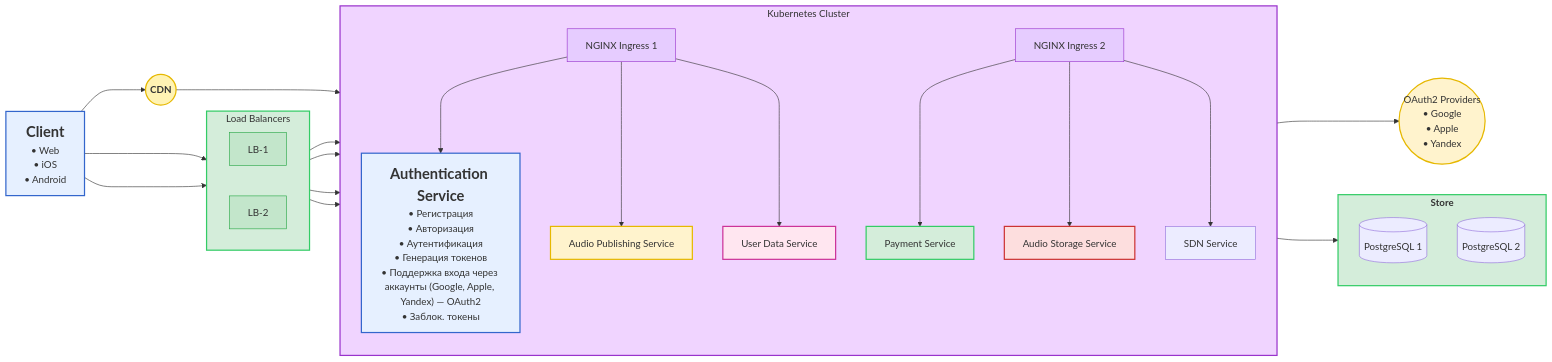
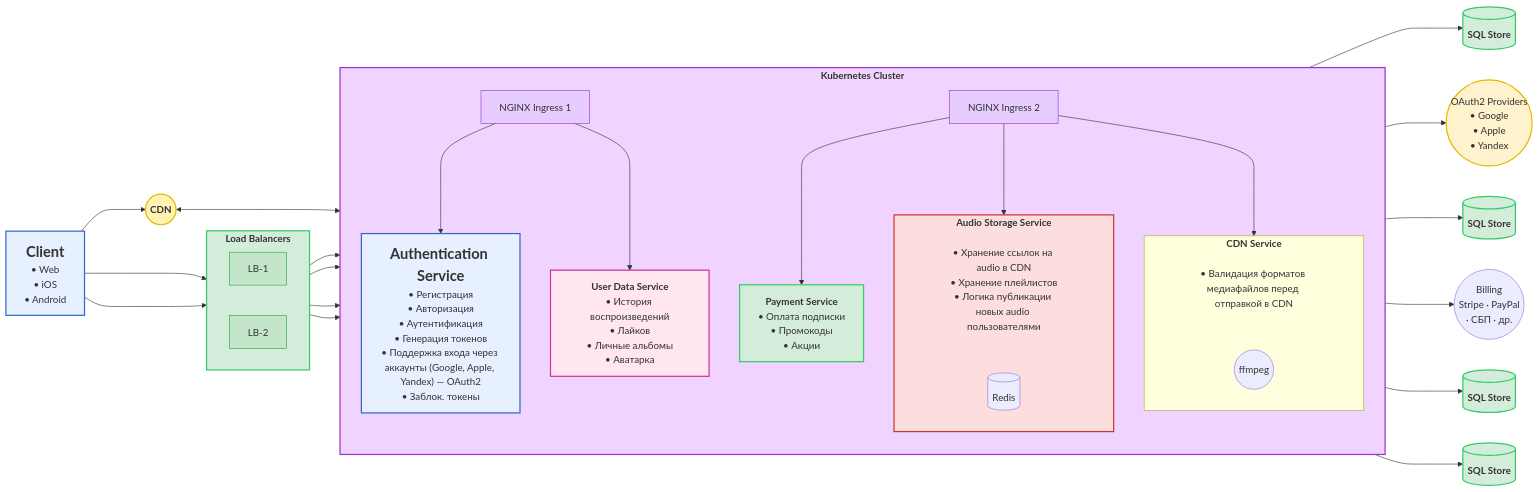
The first of 5 diagrams in architecture.md (KmnPetr/SysDesign), drawn with Mermaid before and after one commit.

````diff
--- a/architecture.md
+++ b/architecture.md
@@ -6,34 +4,45 @@
 graph LR
     CLIENT["<b><font size='5'>Client</font></b><br/>• Web<br/>• iOS<br/>• Android"]
 
-    subgraph LB["Load Balancers"]
+    subgraph LB["<b>Load Balancers</b>"]
         direction LR
         LB1[LB-1]
         LB2[LB-2]
     end
 
-    subgraph K8S["Kubernetes Cluster"]
+    CDN(("<b>   </b><b>CDN</b><b>   </b>"))
+
+    subgraph K8S["<b>Kubernetes Cluster</b>"]
         direction TB
         INGRESS1[NGINX Ingress 1]
         INGRESS2[NGINX Ingress 2]
 
         AUTH["<b><font size='5'>Authentication Service</font></b><br/>• Регистрация<br/>• Авторизация<br/>• Аутентификация<br/>• Генерация токенов<br/>• Поддержка входа через аккаунты (Google, Apple, Yandex) — OAuth2<br/>• Заблок. токены"]
-        PAYMENT["Payment Service"]
-        AUDIO_PUBLISH["Audio Publishing Service"]
-        MUSIC_STORAGE["Audio Storage Service"]
-        USER_DATA["User Data Service"]
-        SDN_SR["SDN Service"]
+        PAYMENT["<b>Payment Service</b><br/>• Оплата подписки<br/>• Промокоды<br/>• Акции"]
+
+        subgraph MUSIC_STORAGE["<b>Audio Storage Service</b>"]
+            direction LR
+            NOTE2["• Хранение ссылок на audio в CDN<br/>• Хранение плейлистов<br/>• Логика публикации новых audio пользователями"]
+            REDIS[("Redis")]
+        end
+
+        USER_DATA["<b>User Data Service</b><br/>• История воспроизведений<br/>• Лайков<br/>• Личные альбомы<br/>• Аватарка"]
+
+        subgraph CDN_SR["<b>CDN Service</b>"]
+            direction LR
+            NOTE["• Валидация форматов медиафайлов перед отправкой в CDN"]
+            FFMPEG(("ffmpeg"))
+        end
     end
 
-    subgraph STORE["<b>Store</b>"]
-        direction TB
-        PG1[(PostgreSQL 1)]
-        PG2[(PostgreSQL 2)]
-    end
+    STORE1[("<b>SQL Store</b>")]
+    OAUTH(("OAuth2 Providers<br/>• Google<br/>• Apple<br/>• Yandex"))
+    STORE2[("<b>SQL Store</b>")]
+    STORE3[("<b>SQL Store</b>")]
+    STORE4[("<b>SQL Store</b>")]
+    BILLING((Billing<br/>Stripe · PayPal<br/> · СБП · др.))
 
 
-    CDN(("<b>CDN</b>"))
-    OAUTH(("OAuth2 Providers<br/>• Google<br/>• Apple<br/>• Yandex"))
 
     %% Соединения
     CLIENT --> LB1
@@ -44,18 +53,23 @@
     LB2 --> INGRESS1
     LB2 --> INGRESS2
 
+
+
     INGRESS1 ---> AUTH
     INGRESS2 ---> PAYMENT
-    INGRESS1 ---> AUDIO_PUBLISH
     INGRESS2 ---> MUSIC_STORAGE
     INGRESS1 ---> USER_DATA
-    INGRESS2 ---> SDN_SR
+    INGRESS2 ---> CDN_SR
 
-    AUTH ---> STORE
+    AUTH ---> STORE1
 
     CLIENT ---> CDN
-    CDN ---> SDN_SR
+    CDN <---> CDN_SR
     AUTH ---> OAUTH
+    PAYMENT---> STORE2
+    PAYMENT---> BILLING
+    USER_DATA--->STORE3
+    MUSIC_STORAGE--->STORE4
 
     %% Стили
     style CLIENT fill:#e6f0ff,stroke:#3366cc,stroke-width:2px
@@ -64,14 +78,18 @@
     style LB1 fill:#c3e6cb,stroke:#28a745,stroke-width:1px
     style LB2 fill:#c3e6cb,stroke:#28a745,stroke-width:1px
     style K8S fill:#f0d4ff,stroke:#9933cc,stroke-width:2px
-    style STORE fill:#d4edda,stroke:#33cc66,stroke-width:2px
+    style STORE1 fill:#d4edda,stroke:#33cc66,stroke-width:2px
+    style STORE2 fill:#d4edda,stroke:#33cc66,stroke-width:2px
+    style STORE3 fill:#d4edda,stroke:#33cc66,stroke-width:2px
+    style STORE4 fill:#d4edda,stroke:#33cc66,stroke-width:2px
     style INGRESS1 fill:#e6ccff,stroke:#9933cc,stroke-width:1px
     style INGRESS2 fill:#e6ccff,stroke:#9933cc,stroke-width:1px
     style AUTH fill:#e6f0ff,stroke:#3366cc,stroke-width:2px
     style PAYMENT fill:#d4edda,stroke:#33cc66,stroke-width:2px
-    style AUDIO_PUBLISH fill:#fff3cd,stroke:#e6b800,stroke-width:2px
     style MUSIC_STORAGE fill:#fddede,stroke:#cc3333,stroke-width:2px
     style USER_DATA fill:#ffe6f0,stroke:#cc3399,stroke-width:2px
     style CDN fill:#fff3b3,stroke:#e6b800,stroke-width:2px
     style OAUTH fill:#fff3cd,stroke:#e6b800,stroke-width:2px
+    style NOTE fill:transparent,stroke-width:0
+    style NOTE2 fill:transparent,stroke-width:0
 ```
````
